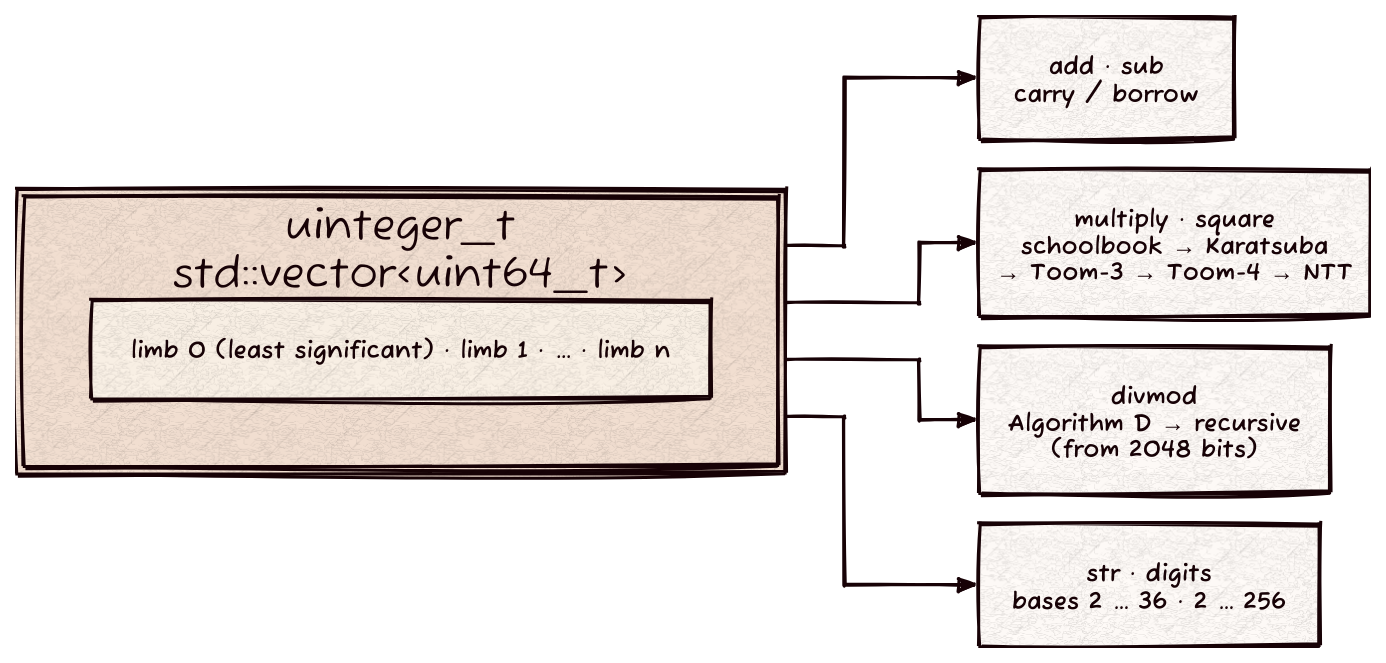
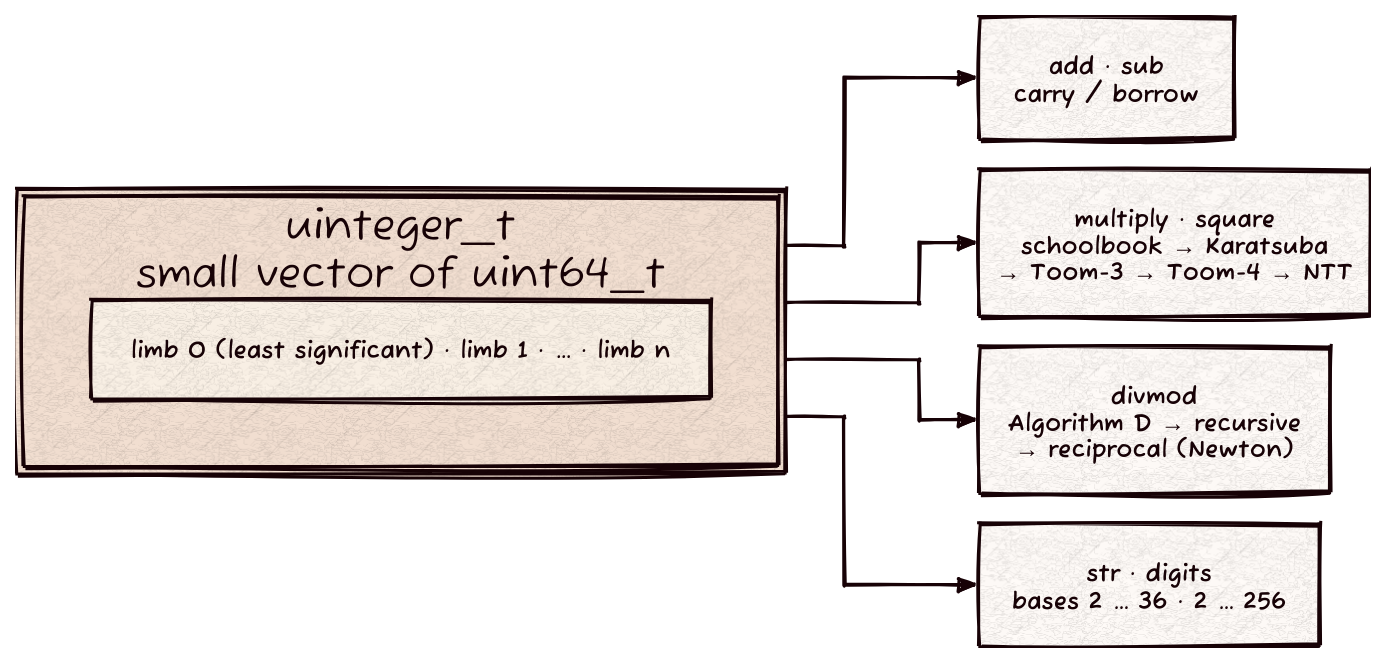
Before and after one commit to Kronuz/uinteger_t: the diagram in docs/uinteger_t.d2, drawn with D2. The commit also changed 6 other files, not shown here.

Commit message:
Document Newton division: ARCHITECTURE, AGENTS, README and the diagram (K5)

```diff
--- a/docs/uinteger_t.d2
+++ b/docs/uinteger_t.d2
@@ -1,27 +1,27 @@
 # uinteger_t: little-endian 64-bit limbs, and the algorithm each size gets.
 # Render: ~/.agents/skills/d2-diagrams/scripts/render.sh docs/uinteger_t.d2
 vars: { d2-config: { layout-engine: elk; theme-id: 302; sketch: true; pad: 24 } }
 direction: right
 
 value: uinteger_t {
   limbs: "limb 0 (least significant) · limb 1 · … · limb n"
-  label: "uinteger_t\nstd::vector<uint64_t>"
+  label: "uinteger_t\nsmall vector of uint64_t"
 }
 
 add: "+ −" {
   label: "add · sub\ncarry / borrow"
 }
 mul: "×" {
   label: "multiply · square\nschoolbook → Karatsuba\n→ Toom-3 → Toom-4 → NTT"
 }
 div: "÷ %" {
-  label: "divmod\nAlgorithm D → recursive\n(from 2048 bits)"
+  label: "divmod\nAlgorithm D → recursive\n→ reciprocal (Newton)"
 }
 text: strings {
   label: "str · digits\nbases 2 … 36 · 2 … 256"
 }
 
 value -> add
 value -> mul
 value -> div
 value -> text
```
